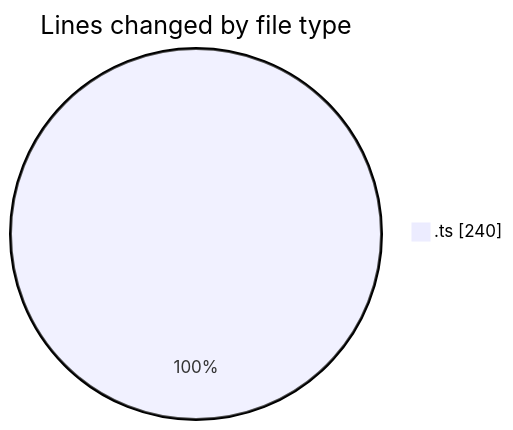
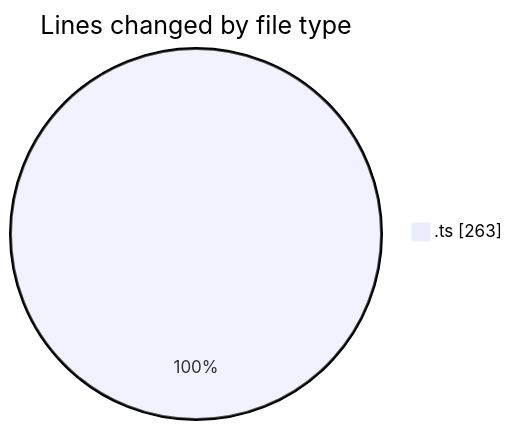
The first of 2 diagrams in 2025-08-01/cda/README.md (momahboobian/code-tracking), drawn with Mermaid before and after one commit. The commit also changed other lines of this file and 1 other file, not shown here.

````diff
--- a/2025-08-01/cda/README.md
+++ b/2025-08-01/cda/README.md
@@ -20,5 +20,5 @@
 ```mermaid
 pie showData
 title Lines changed by file type
-".ts" : 240
+".ts" : 263
 ```
````
